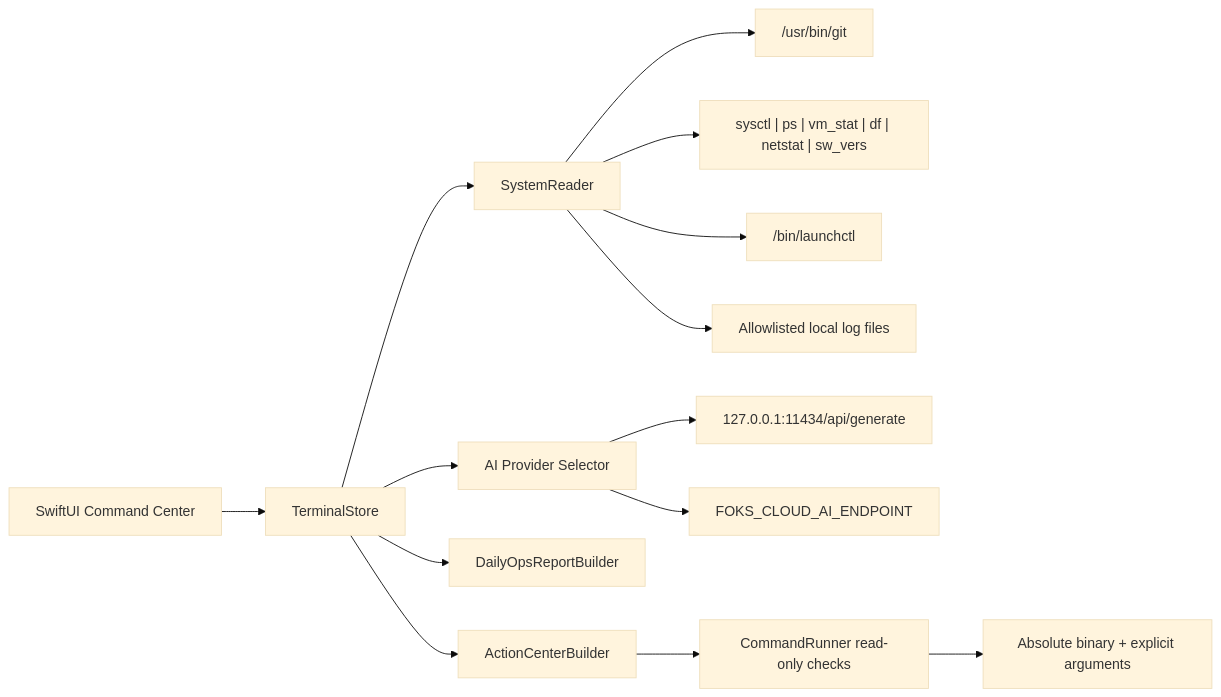
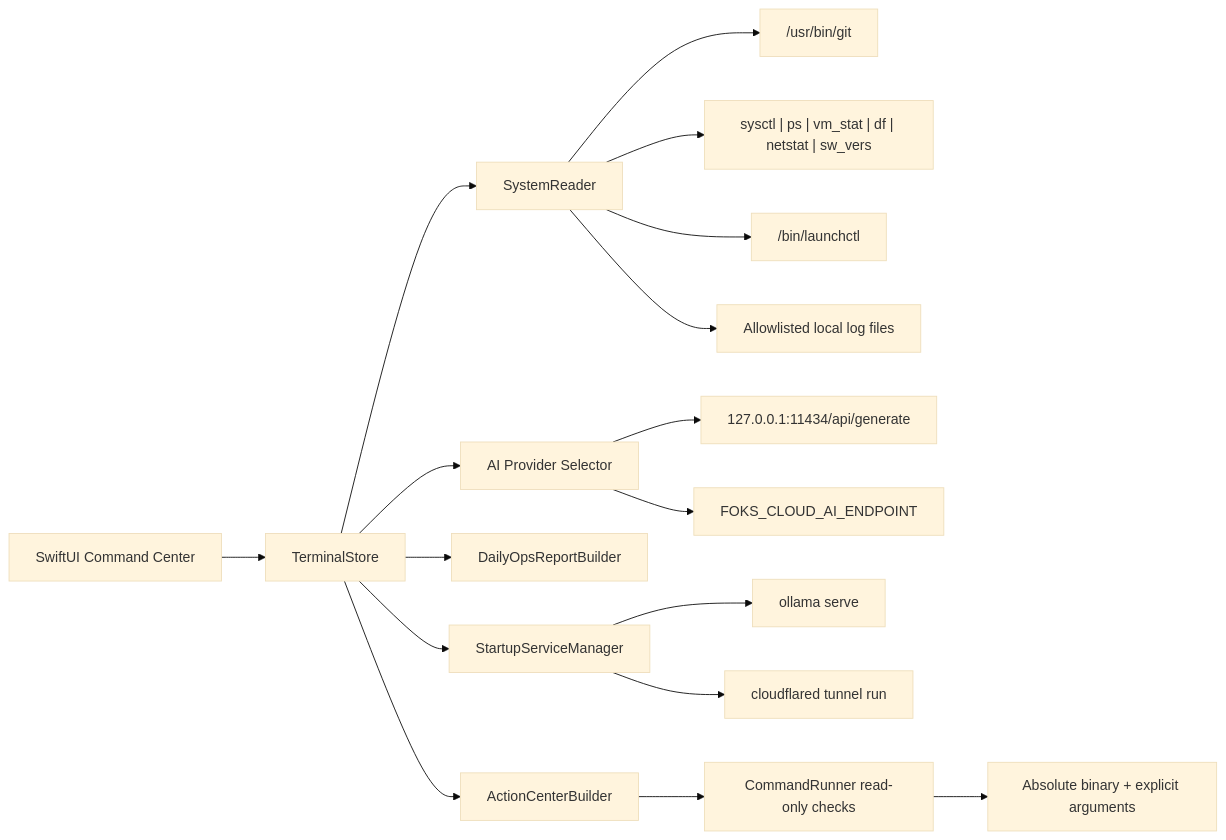
One commit to AUTOGIO/FOKS_BLOOMBERG changed the diagram in docs/NEXT_GENERATION_ARCHITECTURE.md. Above: the diagram before and after it, drawn with Mermaid (base theme). The commit also changed other lines of this file and 12 other files, not shown here.

````diff
--- a/docs/NEXT_GENERATION_ARCHITECTURE.md
+++ b/docs/NEXT_GENERATION_ARCHITECTURE.md
@@ -47,16 +48,19 @@
 ```mermaid
 flowchart LR
     UI["SwiftUI Command Center"] --> Store["TerminalStore"]
     Store --> Reader["SystemReader"]
     Store --> Actions["ActionCenterBuilder"]
     Store --> Reports["DailyOpsReportBuilder"]
+    Store --> Startup["StartupServiceManager"]
     Store --> AI["AI Provider Selector"]
     Reader --> Git["/usr/bin/git"]
     Reader --> System["sysctl | ps | vm_stat | df | netstat | sw_vers"]
     Reader --> Launchd["/bin/launchctl"]
     Reader --> Logs["Allowlisted local log files"]
     AI --> Ollama["127.0.0.1:11434/api/generate"]
     AI --> Cloud["FOKS_CLOUD_AI_ENDPOINT"]
+    Startup --> OllamaServe["ollama serve"]
+    Startup --> Tunnel["cloudflared tunnel run"]
     Actions --> Checks["CommandRunner read-only checks"]
     Checks --> Explicit["Absolute binary + explicit arguments"]
 ```
````
